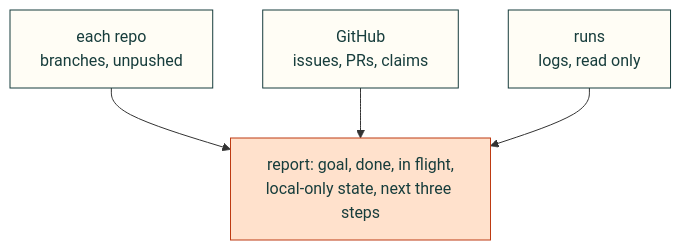
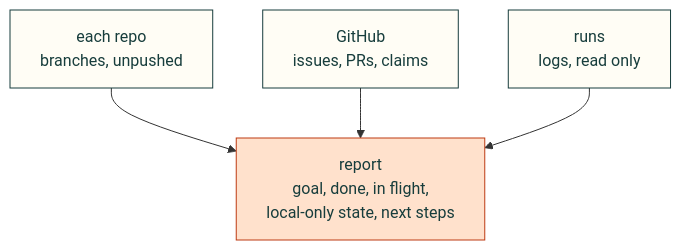
Before and after one commit to Valpatel/cad-agent: the diagram in agents/cad-resume.md, drawn with Mermaid.

Commit message:
cad-resume diagram: report box on three lines

````diff
--- a/agents/cad-resume.md
+++ b/agents/cad-resume.md
@@ -9,12 +9,12 @@
 ```mermaid
 flowchart TD
     G["each repo<br/>branches, unpushed"] --> R
     H["GitHub<br/>issues, PRs, claims"] --> R
     L["runs<br/>logs, read only"] --> R
-    R["report: goal, done, in flight,<br/>local-only state, next three steps"]
+    R["report<br/>goal, done, in flight,<br/>local-only state, next steps"]
     classDef here fill:#fffdf5,stroke:#173d3c,color:#173d3c
     classDef near fill:#eef1e4,stroke:#6f8a80,color:#173d3c
     classDef out fill:#ffe1cc,stroke:#bd3a12,color:#173d3c
     class G,H,L here
     class R out
 ```
````
